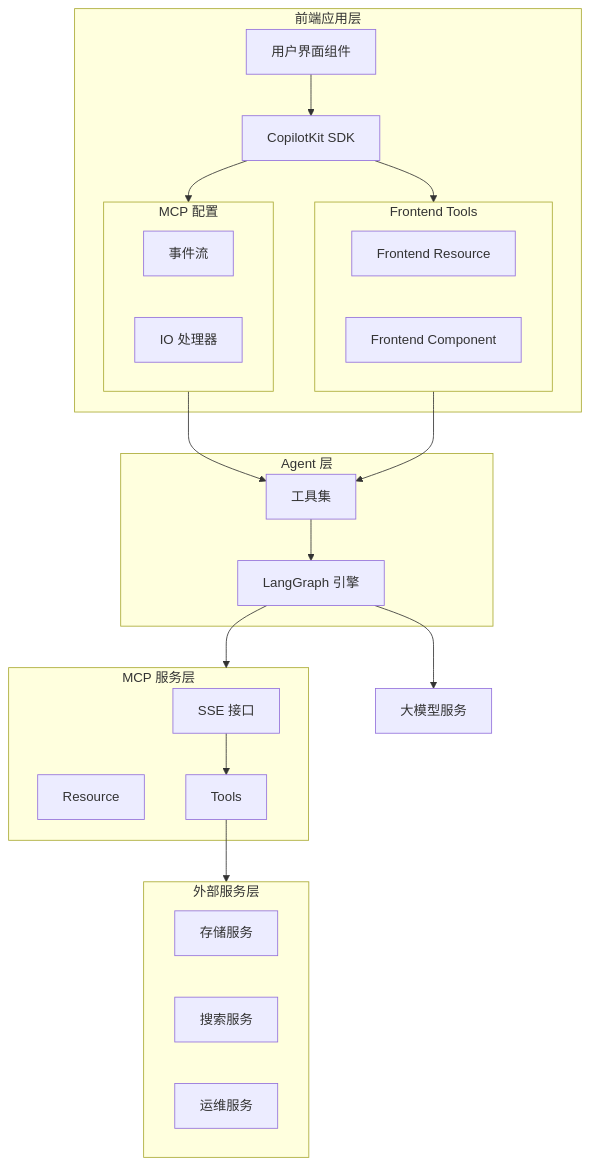
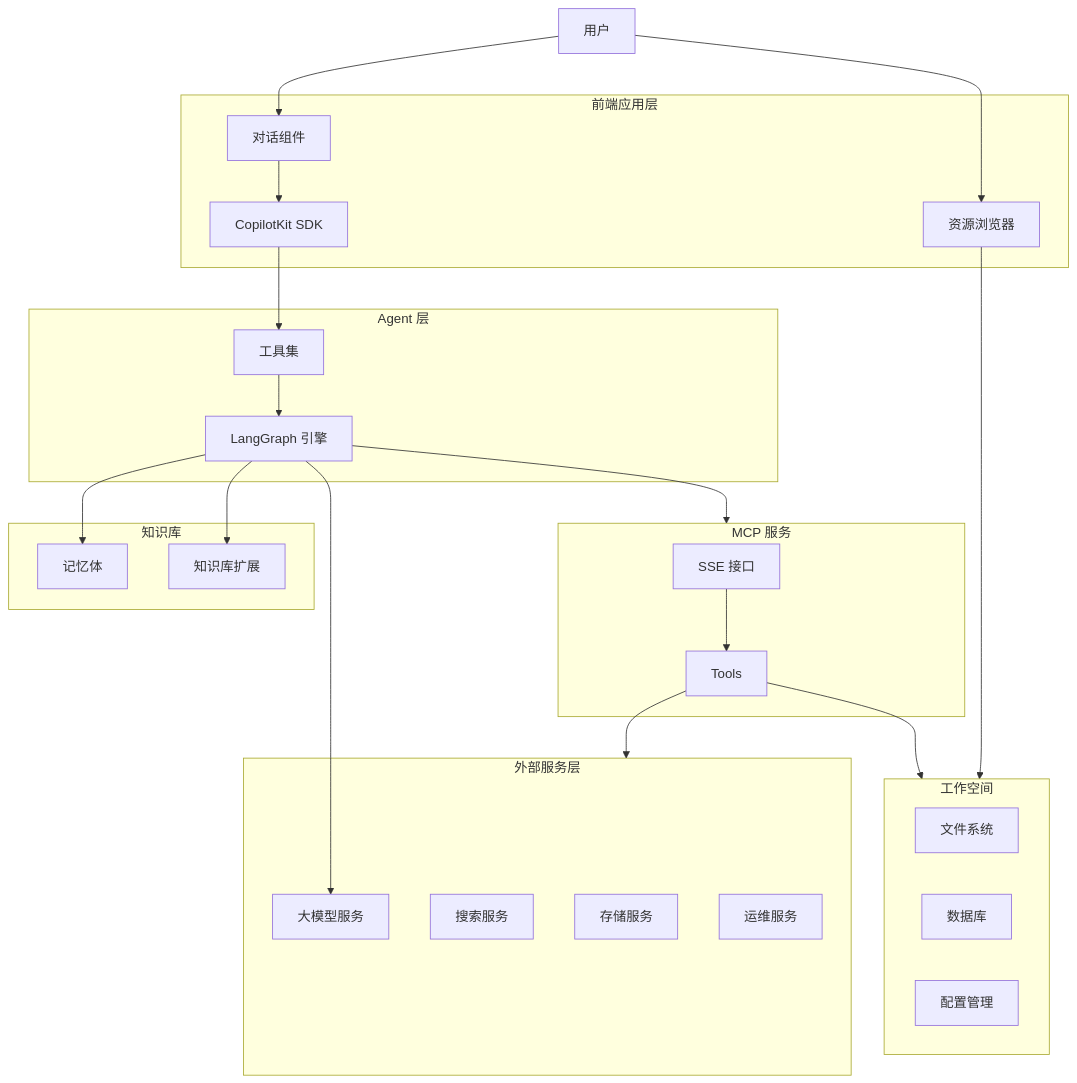
The diagram in arch.md (KonghaYao/Exalith), drawn with Mermaid before and after one commit.

Commit message:
docs/arch: 更新架构图
- 重新绘制架构图，简化结构并优化布局
- 移除不必要的细节，突出主要组件和层次
- 调整样式，提高可读性和美观度

````diff
--- a/arch.md
+++ b/arch.md
@@ -1,58 +1,41 @@
 ```mermaid
-graph TB
-    %% 定义样式
-    classDef frontendStyle fill:#f9f0ff,stroke:#9333ea,stroke-width:2px
-    classDef agentStyle fill:#dbeafe,stroke:#2563eb,stroke-width:2px
-    classDef serverStyle fill:#ecfdf5,stroke:#059669,stroke-width:2px
-    classDef serviceStyle fill:#fef2f2,stroke:#dc2626,stroke-width:2px
-
-    subgraph Frontend[前端应用层]
-        UIComponent[用户界面组件]
-        CopilotKitSDK[CopilotKit SDK]
-        subgraph ClientTools[Frontend Tools]
-            UIState[Frontend Resource]
-            ToolsState[Frontend Component]
-        end
-        subgraph MCPConfig[MCP 配置]
-            EventStream[事件流]
-            IOHandler[IO 处理器]
-        end
+flowchart TB
+    subgraph Frontend["前端应用层"]
+        UI[对话组件]
+        SDK[CopilotKit SDK]
+        Tools[资源浏览器]
+    end
+    subgraph Agent["Agent 层"]
+        Engine[LangGraph 引擎]
+        Toolkit[工具集]
+    end
+    subgraph KnowledgeBase["知识库"]
+        Memory[记忆体]
+        ExtKnowledge[知识库扩展]
+    end
+    subgraph Server["MCP 服务"]
+        Endpoint[SSE 接口]
+        ToolMgr[Tools]
+    end
+    subgraph Workspace["工作空间"]
+        FS[文件系统]
+        DB[数据库]
+        Config[配置管理]
+    end
+    subgraph External["外部服务层"]
+        Storage[存储服务]
+        Search[搜索服务]
+        LLM[大模型服务]
+        Ops[运维服务]
     end
 
-
-    MCPConfig --> AgentToolkit
-
-    subgraph Agent[Agent 层]
-        LangGraphEngine[LangGraph 引擎]
-        AgentToolkit[工具集]
-    end
-
-    subgraph Server[MCP 服务层]
-        APIEndpoint[SSE 接口]
-        ResourceManager[Resource]
-        ToolManager[Tools]
-        APIEndpoint --> ToolManager
-    end
-    ToolManager --> ExternalServices
-
-    LLMService[大模型服务]
-    subgraph ExternalServices[外部服务层]
-        StorageService[存储服务]
-        SearchService[搜索服务]
-        OperationService[运维服务]
-    end
-
-    %% Frontend 连接关系
-    UIComponent --> CopilotKitSDK
-    CopilotKitSDK --> ClientTools
-    CopilotKitSDK --> MCPConfig
-
-    %% Agent 连接关系
-    ClientTools --> AgentToolkit
-    AgentToolkit --> LangGraphEngine
-
-    %% 外部服务连接关系
-    LangGraphEngine --> LLMService
-    LangGraphEngine --> Server
+    Humnan["用户"] --> UI & Tools
+    Tools --> Workspace
+    Engine --> Memory & ExtKnowledge & LLM & Server
+    Endpoint --> ToolMgr
+    ToolMgr --> External & Workspace
+    UI --> SDK
+    Toolkit --> Engine
+    SDK --> Toolkit
 
 ```
````
